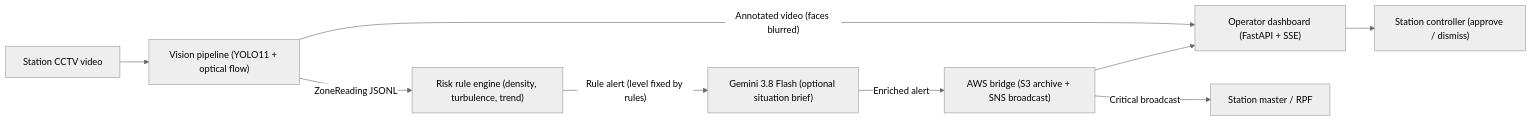
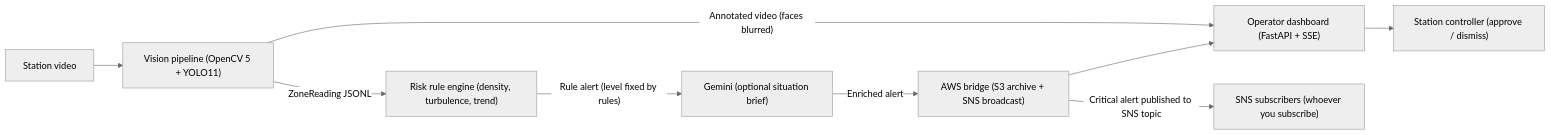
One commit to ITHA-SUNNY/Station-Crowd-Safety-Agent changed the diagram in README.md. Above: the diagram before and after it, drawn with Mermaid (neutral theme). The commit also changed other lines of this file and 10 other files, not shown here.

````diff
--- a/README.md
+++ b/README.md
@@ -13,11 +13,11 @@
 ```mermaid
 flowchart LR
-    V["Station CCTV video"] --> P["Vision pipeline (YOLO11 + optical flow)"]
+    V["Station video"] --> P["Vision pipeline (OpenCV 5 + YOLO11)"]
     P -- "ZoneReading JSONL" --> A["Risk rule engine (density, turbulence, trend)"]
-    A -- "Rule alert (level fixed by rules)" --> G["Gemini 3.8 Flash (optional situation brief)"]
+    A -- "Rule alert (level fixed by rules)" --> G["Gemini (optional situation brief)"]
     G -- "Enriched alert" --> AWS["AWS bridge (S3 archive + SNS broadcast)"]
     AWS --> D["Operator dashboard (FastAPI + SSE)"]
     P -- "Annotated video (faces blurred)" --> D
     D --> O["Station controller (approve / dismiss)"]
-    AWS -- "Critical broadcast" --> M["Station master / RPF"]
+    AWS -- "Critical alert published to SNS topic" --> M["SNS subscribers (whoever you subscribe)"]
 ```
````
